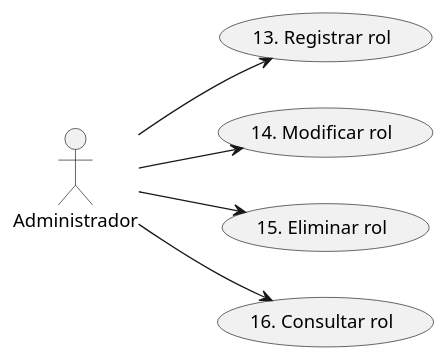
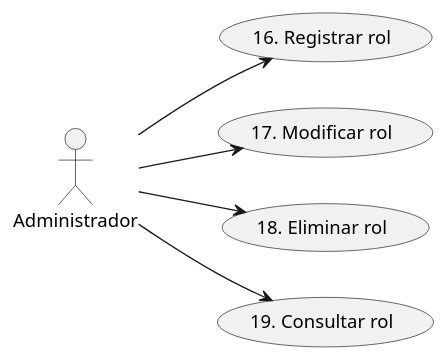
One commit to ciggyx/Task_Flow changed the third of 8 diagrams in Modelado/DiagramasCU.plantuml. Above: the diagram before and after it, drawn with PlantUML. The commit also changed other lines of this file and 9 other files, not shown here.

Commit message:
chore(diagrama-cu): actualizado los cu

```diff
--- a/Modelado/DiagramasCU.plantuml
+++ b/Modelado/DiagramasCU.plantuml
@@ -35,8 +43,8 @@
-@startuml CU_Gestion_Roles
+@startuml CU_Administración_Roles
 left to right direction
 actor :Administrador: as A
-A --> (13. Registrar rol)
-A --> (14. Modificar rol)
-A --> (15. Eliminar rol)
-A --> (16. Consultar rol)
+A --> (16. Registrar rol)
+A --> (17. Modificar rol)
+A --> (18. Eliminar rol)
+A --> (19. Consultar rol)
 @enduml
```
